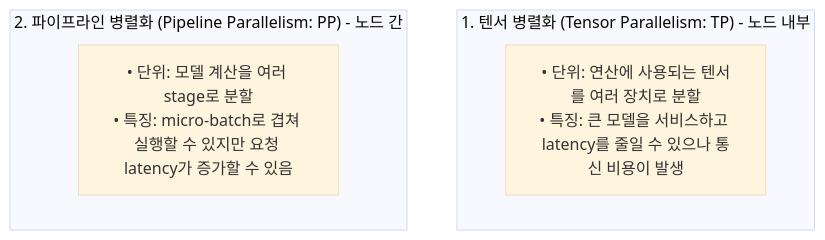
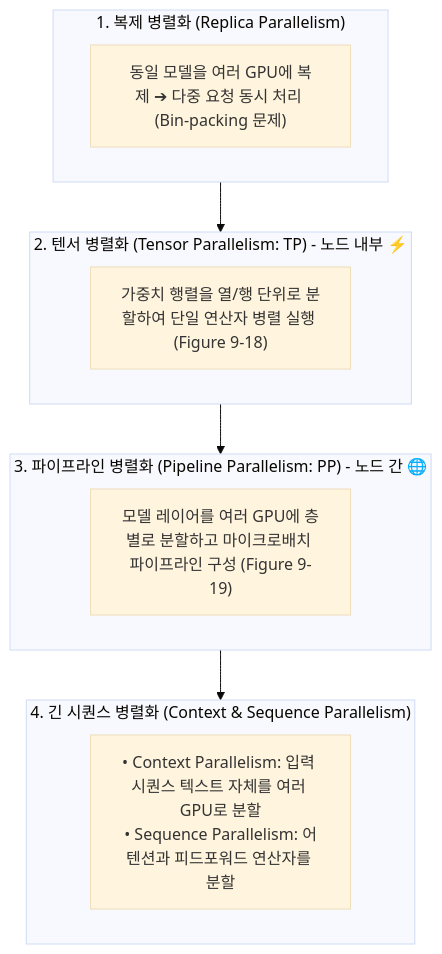
One commit to sing-u8/AI-Engineering changed the second of 2 diagrams in chapter-qa/ch09-inference-optimization-qa/03-speculative-decoding-caching-and-parallelism.md. Above: the diagram before and after it, drawn with Mermaid (base theme). The commit also changed other lines of this file and 15 other files, not shown here.

````diff
--- a/chapter-qa/ch09-inference-optimization-qa/03-speculative-decoding-caching-and-parallelism.md
+++ b/chapter-qa/ch09-inference-optimization-qa/03-speculative-decoding-caching-and-parallelism.md
@@ -112,10 +119,20 @@
 ```mermaid
 flowchart TD
-    subgraph TP["1. 텐서 병렬화 (Tensor Parallelism: TP) - 노드 내부"]
-        TP_Desc["• 단위: 연산에 사용되는 텐서를 여러 장치로 분할<br/>• 특징: 큰 모델을 서비스하고 latency를 줄일 수 있으나 통신 비용이 발생"]
+    subgraph Rep["1. 복제 병렬화 (Replica Parallelism)"]
+        R1["동일 모델을 여러 GPU에 복제 ➔ 다중 요청 동시 처리 (Bin-packing 문제)"]
     end
 
-    subgraph PP["2. 파이프라인 병렬화 (Pipeline Parallelism: PP) - 노드 간"]
-        PP_Desc["• 단위: 모델 계산을 여러 stage로 분할<br/>• 특징: micro-batch로 겹쳐 실행할 수 있지만 요청 latency가 증가할 수 있음"]
+    subgraph TP["2. 텐서 병렬화 (Tensor Parallelism: TP) - 노드 내부 ⚡"]
+        T1["가중치 행렬을 열/행 단위로 분할하여 단일 연산자 병렬 실행 (Figure 9-18)"]
     end
+
+    subgraph PP["3. 파이프라인 병렬화 (Pipeline Parallelism: PP) - 노드 간 🌐"]
+        P1["모델 레이어를 여러 GPU에 층별로 분할하고 마이크로배치 파이프라인 구성 (Figure 9-19)"]
+    end
+
+    subgraph LongSeq["4. 긴 시퀀스 병렬화 (Context & Sequence Parallelism)"]
+        CP["• Context Parallelism: 입력 시퀀스 텍스트 자체를 여러 GPU로 분할\n• Sequence Parallelism: 어텐션과 피드포워드 연산자를 분할"]
+    end
+
+    Rep --> TP --> PP --> LongSeq
 ```
````
